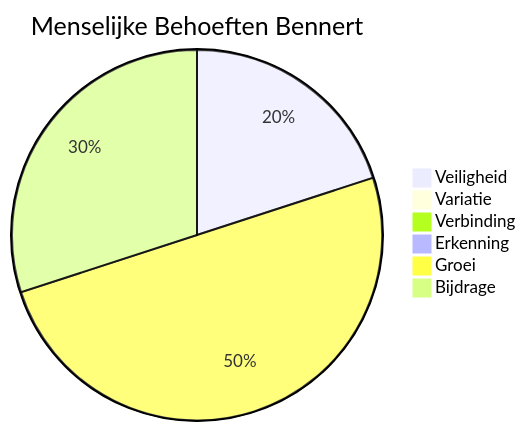
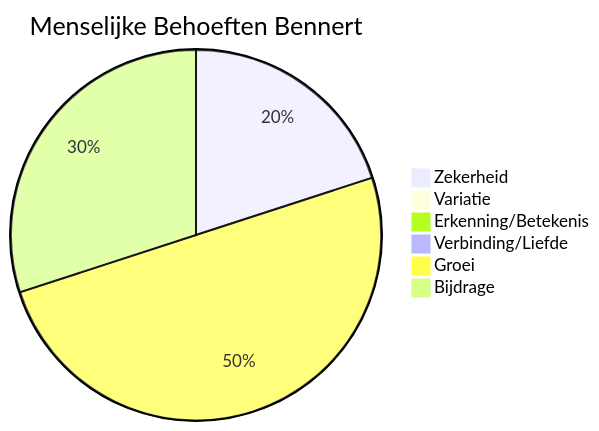
Before and after one commit to bennert/bennert.github.io: the diagram in docs/Personality/index.md, drawn with Mermaid. The commit also changed other lines of this file and 1 other file, not shown here.

Commit message:
Rephrase items of 6 human needs (dutch and english)

````diff
--- a/docs/Personality/index.md
+++ b/docs/Personality/index.md
@@ -15,10 +15,10 @@
 ```mermaid
 pie
     title Menselijke Behoeften Bennert
-    "Veiligheid": 2
+    "Zekerheid": 2
     "Variatie": 0
-    "Verbinding": 0
-    "Erkenning": 0
+    "Erkenning/Betekenis": 0
+    "Verbinding/Liefde": 0
     "Groei": 5
     "Bijdrage": 3
 ```
````
